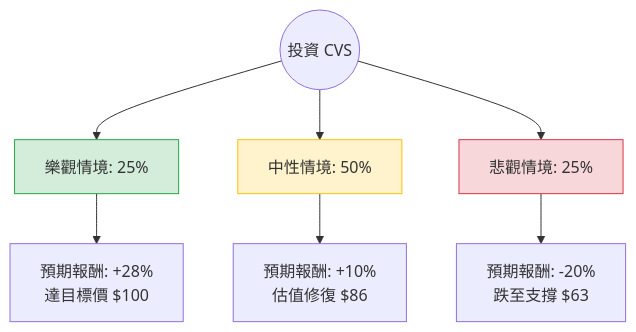
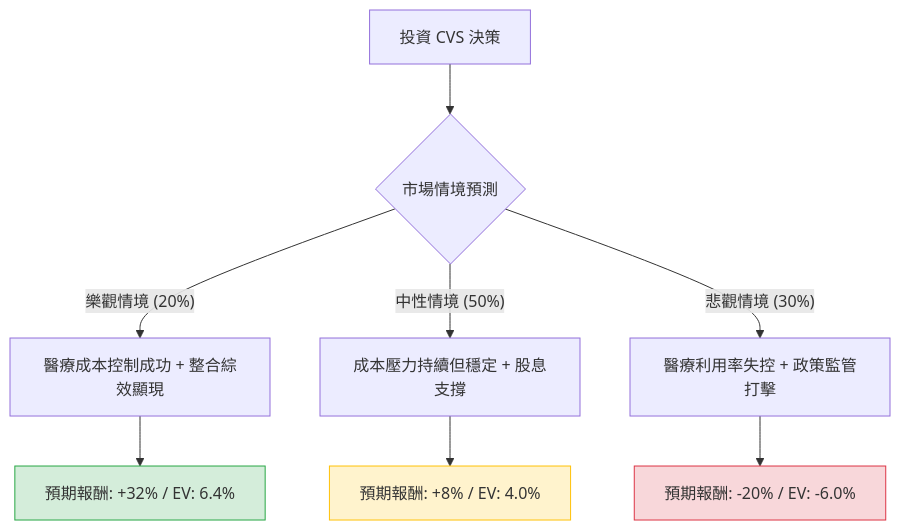
The diagram in plugin-react/ai-analysis/ev-analysis/CVS.md (zmcx16/zmcx16.github.io), drawn with Mermaid before and after one commit. The commit also changed other lines of this file and 75 other files, not shown here.

````diff
--- a/plugin-react/ai-analysis/ev-analysis/CVS.md
+++ b/plugin-react/ai-analysis/ev-analysis/CVS.md
@@ -19,14 +19,16 @@
 ```mermaid
 graph TD
-    Start((投資 CVS)) --> Bull[樂觀情境: 25%]
-    Start --> Base[中性情境: 50%]
-    Start --> Bear[悲觀情境: 25%]
+    A[投資 CVS 決策] --> B{市場情境預測}
+    
+    B -- 樂觀情境 (20%) --> C[醫療成本控制成功 + 整合綜效顯現]
+    B -- 中性情境 (50%) --> D[成本壓力持續但穩定 + 股息支撐]
+    B -- 悲觀情境 (30%) --> E[醫療利用率失控 + 政策監管打擊]
 
-    Bull --> Bull_Ret[預期報酬: +28% <br/> 達目標價 $100]
-    Base --> Base_Ret[預期報酬: +10% <br/> 估值修復 $86]
-    Bear --> Bear_Ret[預期報酬: -20% <br/> 跌至支撐 $63]
+    C --> C1[預期報酬: +32% / EV: 6.4%]
+    D --> D1[預期報酬: +8% / EV: 4.0%]
+    E --> E1[預期報酬: -20% / EV: -6.0%]
 
-    style Bull fill:#d4edda,stroke:#28a745
-    style Base fill:#fff3cd,stroke:#ffc107
-    style Bear fill:#f8d7da,stroke:#dc3545
+    style C1 fill:#d4edda,stroke:#28a745
+    style D1 fill:#fff3cd,stroke:#ffc107
+    style E1 fill:#f8d7da,stroke:#dc3545
 ```
````
